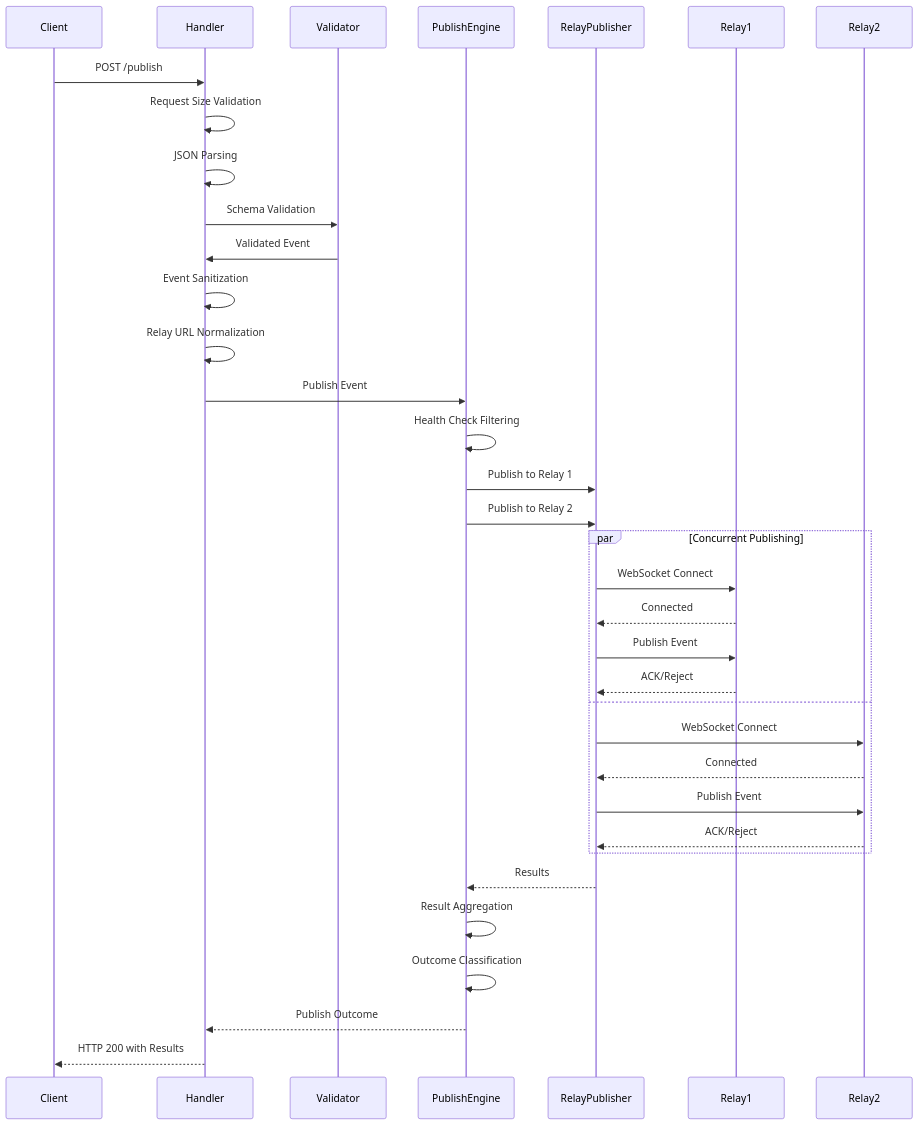
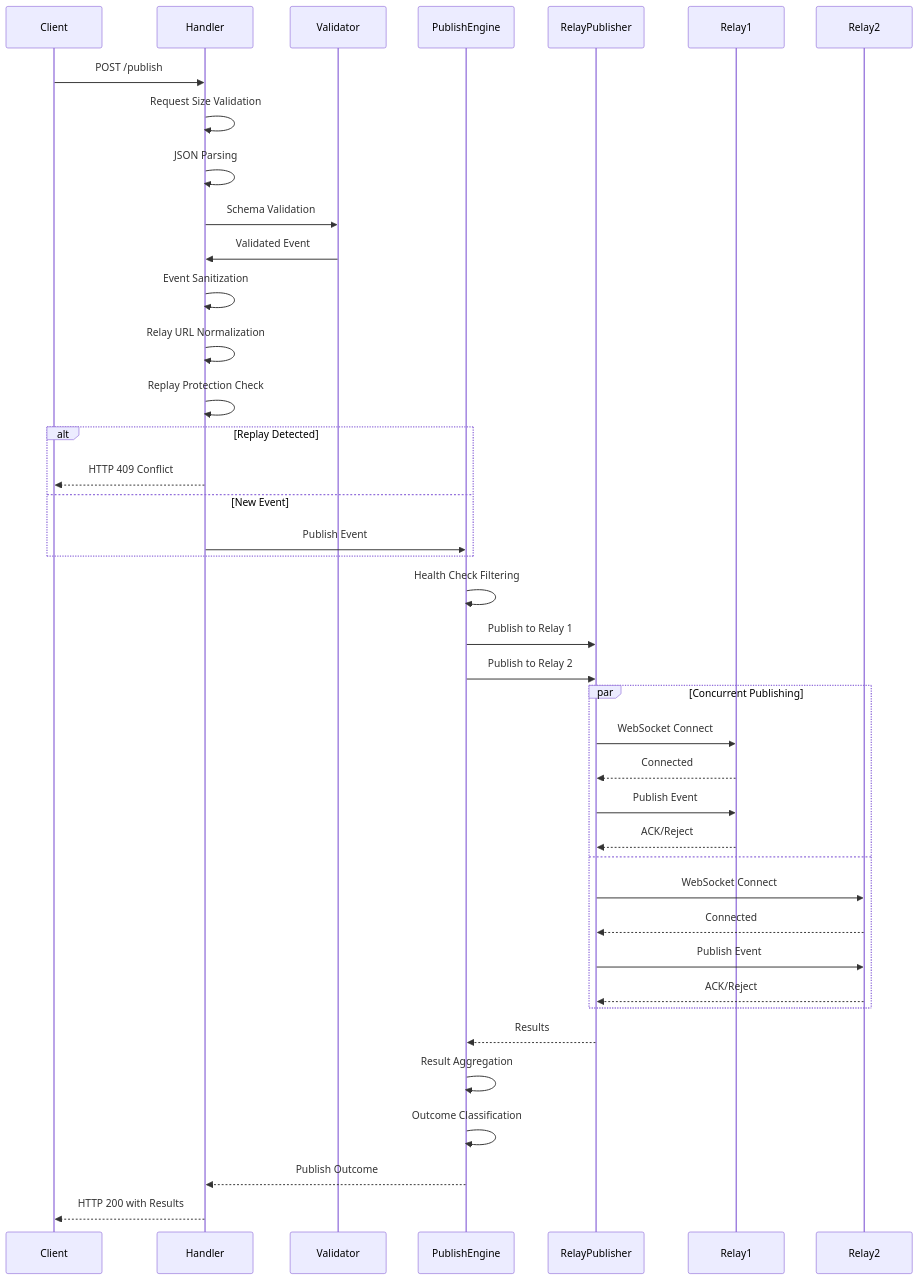
One commit to xdzczk/smartflowsocial-publisher changed the second of 4 diagrams in docs/ARCHITECTURE.md. Above: the diagram before and after it, drawn with Mermaid. The commit also changed other lines of this file and 28 other files, not shown here.

First line of the commit message:
Enhance API documentation and implement replay protection for event publishing

````diff
--- a/docs/ARCHITECTURE.md
+++ b/docs/ARCHITECTURE.md
@@ -147,38 +184,43 @@
 ```mermaid
 sequenceDiagram
     participant Client
     participant Handler
     participant Validator
     participant PublishEngine
     participant RelayPublisher
     participant Relay1
     participant Relay2
     
     Client->>Handler: POST /publish
     Handler->>Handler: Request Size Validation
     Handler->>Handler: JSON Parsing
     Handler->>Validator: Schema Validation
     Validator->>Handler: Validated Event
     Handler->>Handler: Event Sanitization
     Handler->>Handler: Relay URL Normalization
-    Handler->>PublishEngine: Publish Event
+    Handler->>Handler: Replay Protection Check
+    alt Replay Detected
+        Handler-->>Client: HTTP 409 Conflict
+    else New Event
+        Handler->>PublishEngine: Publish Event
+    end
     PublishEngine->>PublishEngine: Health Check Filtering
     PublishEngine->>RelayPublisher: Publish to Relay 1
     PublishEngine->>RelayPublisher: Publish to Relay 2
     par Concurrent Publishing
         RelayPublisher->>Relay1: WebSocket Connect
         Relay1-->>RelayPublisher: Connected
         RelayPublisher->>Relay1: Publish Event
         Relay1-->>RelayPublisher: ACK/Reject
     and
         RelayPublisher->>Relay2: WebSocket Connect
         Relay2-->>RelayPublisher: Connected
         RelayPublisher->>Relay2: Publish Event
         Relay2-->>RelayPublisher: ACK/Reject
     end
     RelayPublisher-->>PublishEngine: Results
     PublishEngine->>PublishEngine: Result Aggregation
     PublishEngine->>PublishEngine: Outcome Classification
     PublishEngine-->>Handler: Publish Outcome
     Handler-->>Client: HTTP 200 with Results
 ```
````
